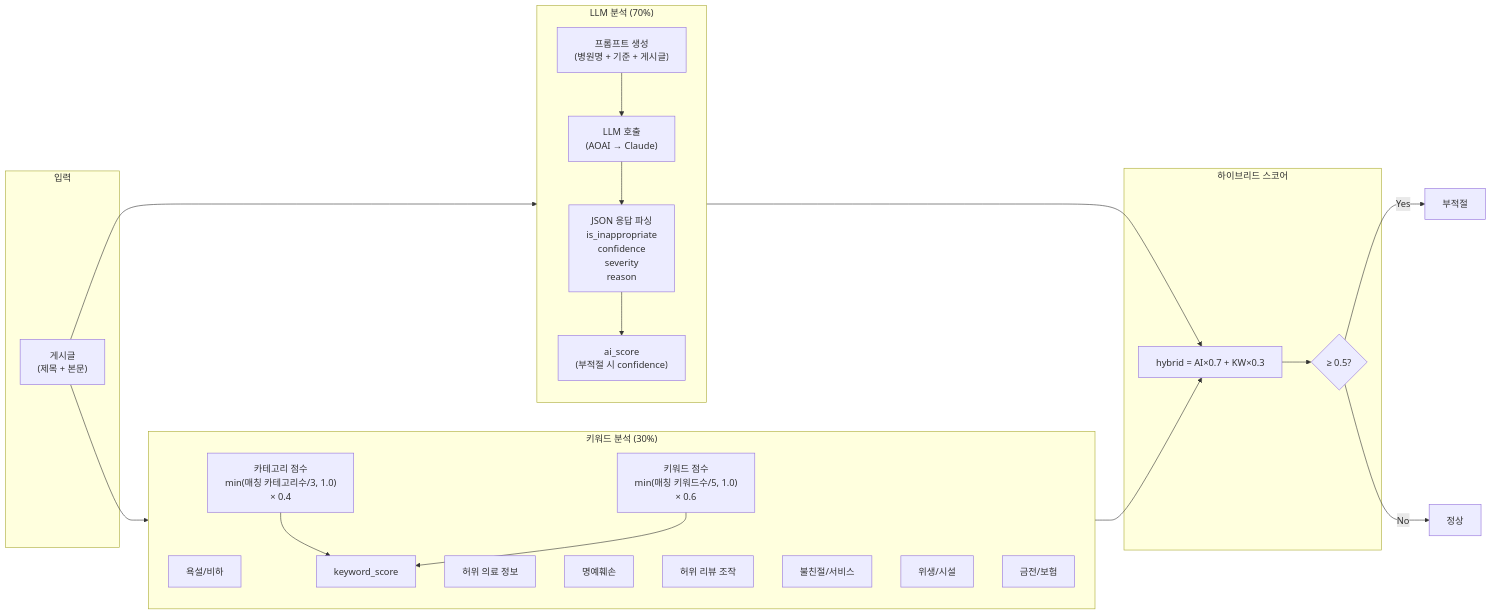
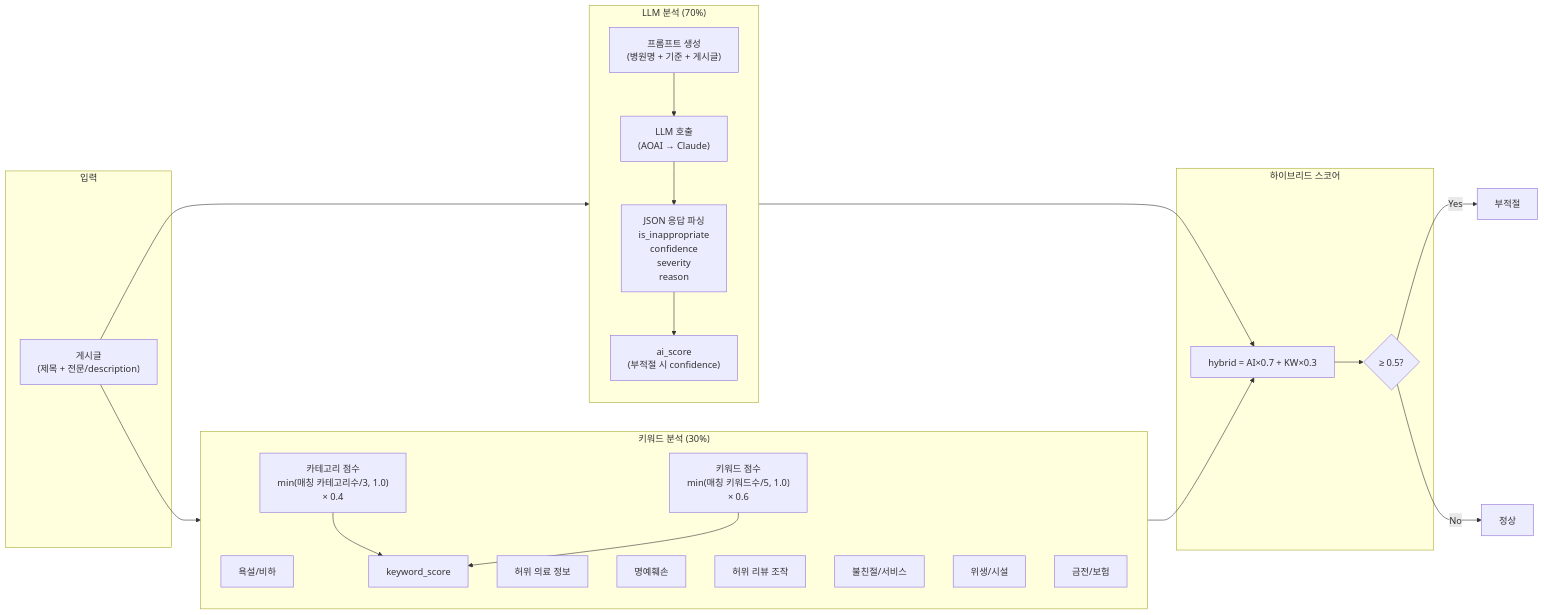
The third of 6 diagrams in README.md (choec53-art/test), drawn with Mermaid before and after one commit. The commit also changed other lines of this file and 3 other files, not shown here.

````diff
--- a/README.md
+++ b/README.md
@@ -113,45 +125,45 @@
 ```mermaid
 flowchart LR
     subgraph INPUT["입력"]
-        POST["게시글<br/>(제목 + 본문)"]
+        POST["게시글<br/>(제목 + 전문/description)"]
     end
 
     subgraph KEYWORD["키워드 분석 (30%)"]
         direction TB
         CAT1["욕설/비하"]
         CAT2["허위 의료 정보"]
         CAT3["명예훼손"]
         CAT4["허위 리뷰 조작"]
         CAT5["불친절/서비스"]
         CAT6["위생/시설"]
         CAT7["금전/보험"]
 
         CAT_SCORE["카테고리 점수<br/>min(매칭 카테고리수/3, 1.0)<br/>× 0.4"]
         KW_CNT["키워드 점수<br/>min(매칭 키워드수/5, 1.0)<br/>× 0.6"]
         CAT_SCORE --> KW_TOTAL["keyword_score"]
         KW_CNT --> KW_TOTAL
     end
 
     subgraph AI["LLM 분석 (70%)"]
         direction TB
         PROMPT["프롬프트 생성<br/>(병원명 + 기준 + 게시글)"]
         LLM_CALL["LLM 호출<br/>(AOAI → Claude)"]
         JSON_PARSE["JSON 응답 파싱<br/>is_inappropriate<br/>confidence<br/>severity<br/>reason"]
         PROMPT --> LLM_CALL --> JSON_PARSE
         JSON_PARSE --> AI_TOTAL["ai_score<br/>(부적절 시 confidence)"]
     end
 
     subgraph SCORING["하이브리드 스코어"]
         CALC["hybrid = AI×0.7 + KW×0.3"]
         JUDGE{"≥ 0.5?"}
         CALC --> JUDGE
     end
 
     POST --> KEYWORD
     POST --> AI
     KW_TOTAL --> CALC
     AI_TOTAL --> CALC
 
     JUDGE -->|Yes| BAD["부적절"]
     JUDGE -->|No| OK["정상"]
 ```
````
